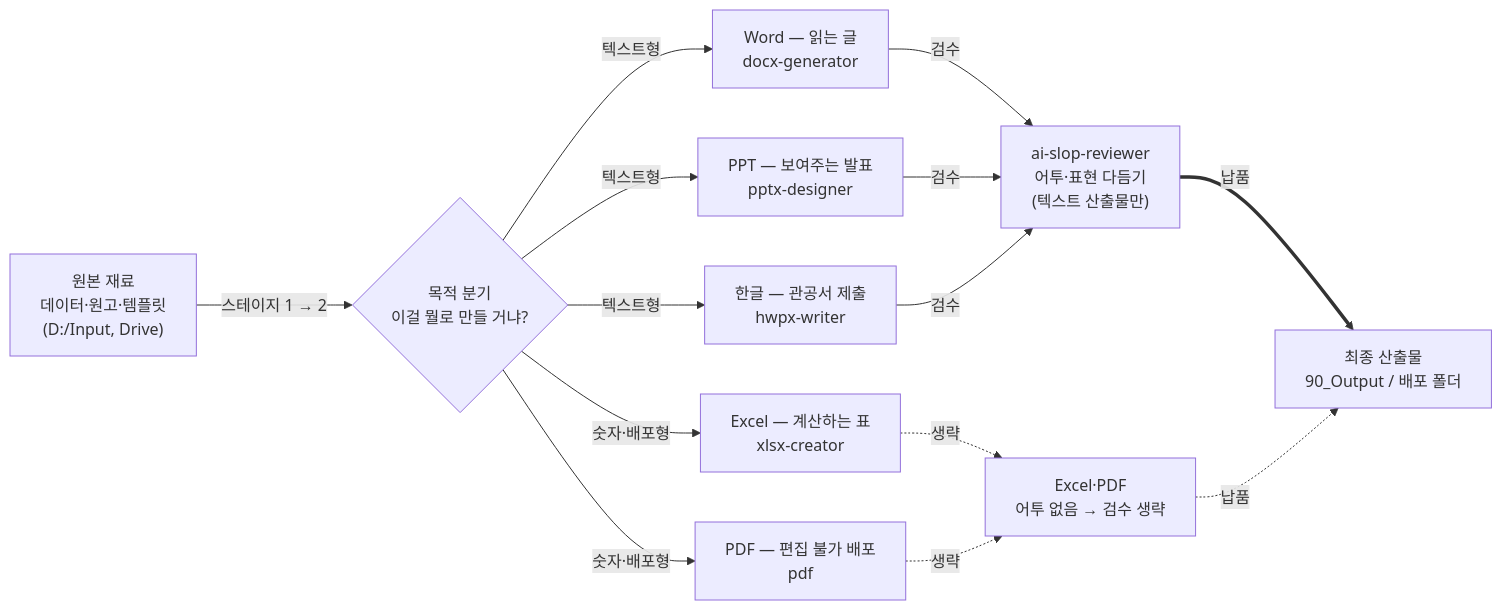
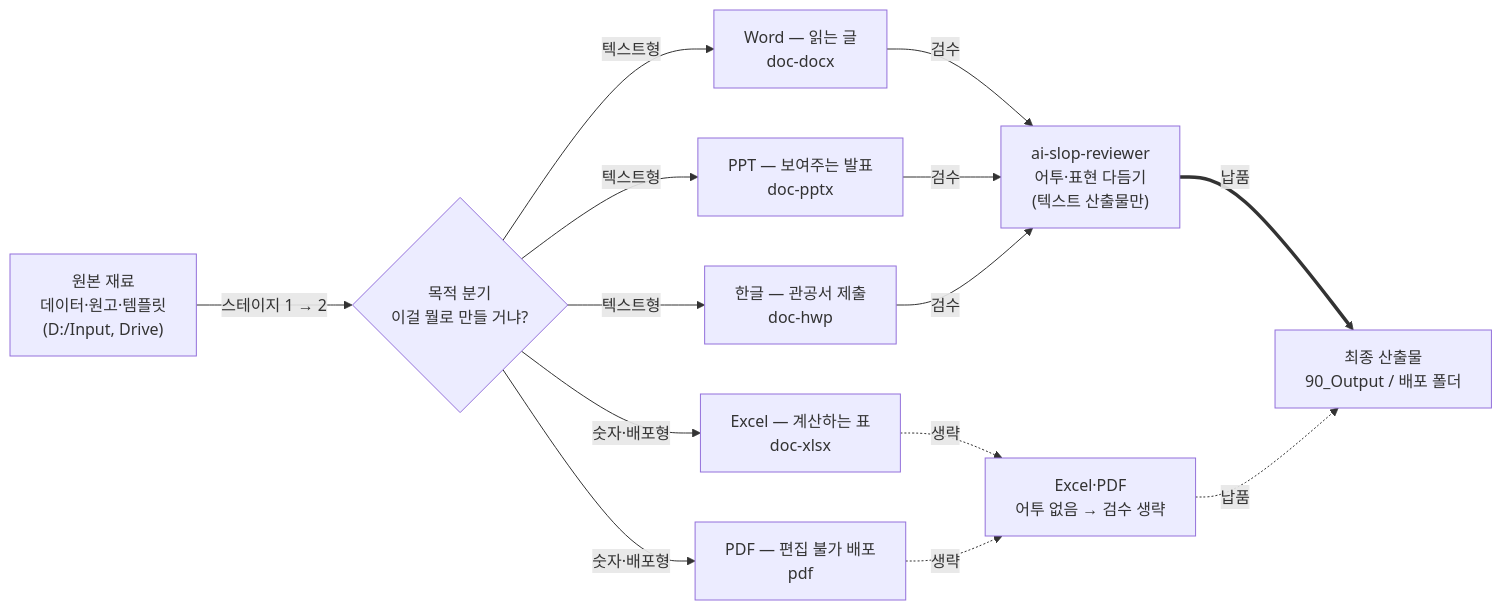
One commit to modu-ai/cowork-plugins changed the third of 5 diagrams in www/content/cookbook/tracks/track-documents.md. Above: the diagram before and after it, drawn with Mermaid. The commit also changed other lines of this file and 45 other files, not shown here.

First line of the commit message:
docs(www): 스킬명 정합 + 깨진 링크 수정 + mermaid 보강

````diff
--- a/www/content/cookbook/tracks/track-documents.md
+++ b/www/content/cookbook/tracks/track-documents.md
@@ -64,34 +64,34 @@
 ```mermaid
 flowchart LR
    IN["원본 재료<br/>데이터·원고·템플릿<br/>(D:/Input, Drive)"]
 
    PICK{"목적 분기<br/>이걸 뭘로 만들 거냐?"}
 
-   W["Word — 읽는 글<br/>docx-generator"]
-   P["PPT — 보여주는 발표<br/>pptx-designer"]
-   H["한글 — 관공서 제출<br/>hwpx-writer"]
-   X["Excel — 계산하는 표<br/>xlsx-creator"]
+   W["Word — 읽는 글<br/>doc-docx"]
+   P["PPT — 보여주는 발표<br/>doc-pptx"]
+   H["한글 — 관공서 제출<br/>doc-hwp"]
+   X["Excel — 계산하는 표<br/>doc-xlsx"]
    F["PDF — 편집 불가 배포<br/>pdf"]
 
    REV["ai-slop-reviewer<br/>어투·표현 다듬기<br/>(텍스트 산출물만)"]
    SKIP["Excel·PDF<br/>어투 없음 → 검수 생략"]
 
    OUT["최종 산출물<br/>90_Output / 배포 폴더"]
 
    IN -->|"스테이지 1 → 2"| PICK
 
    PICK -->|"텍스트형"| W
    PICK -->|"텍스트형"| P
    PICK -->|"텍스트형"| H
    PICK -->|"숫자·배포형"| X
    PICK -->|"숫자·배포형"| F
 
    W -->|"검수"| REV
    P -->|"검수"| REV
    H -->|"검수"| REV
    X -.->|"생략"| SKIP
    F -.->|"생략"| SKIP
 
    REV ==>|"납품"| OUT
    SKIP -.->|"납품"| OUT
 ```
````
